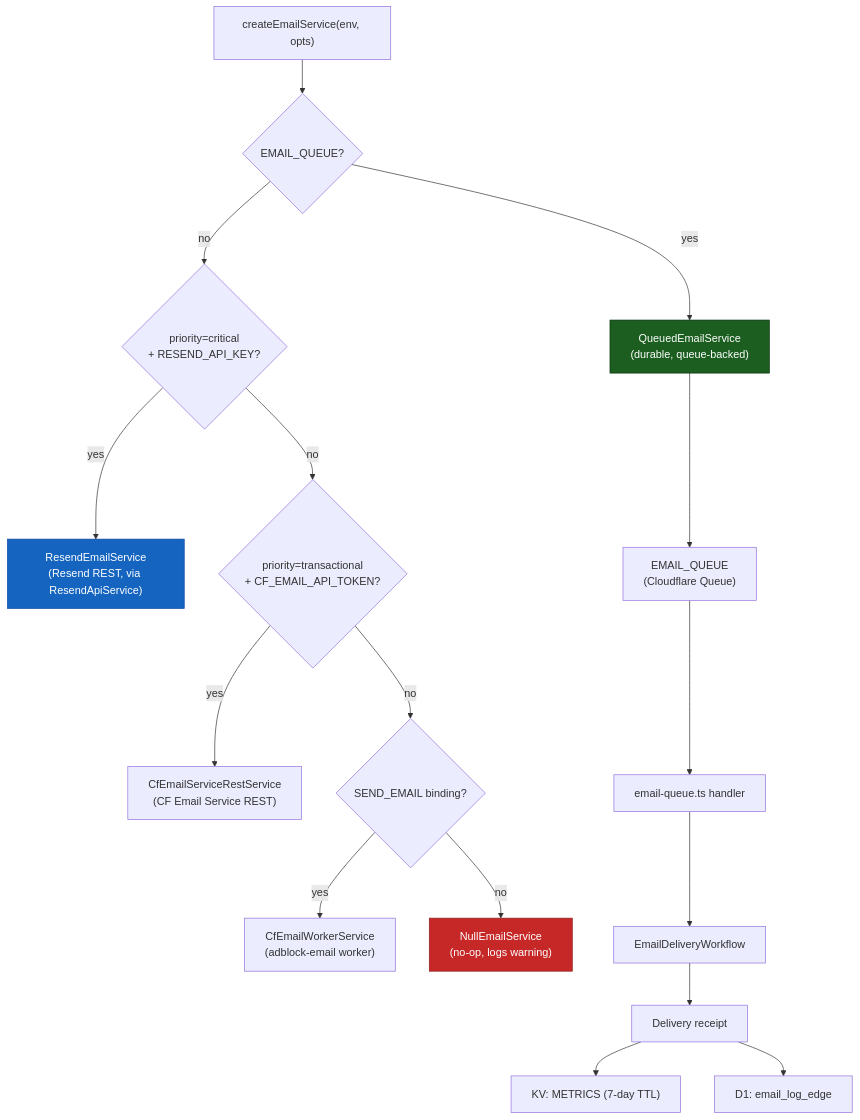
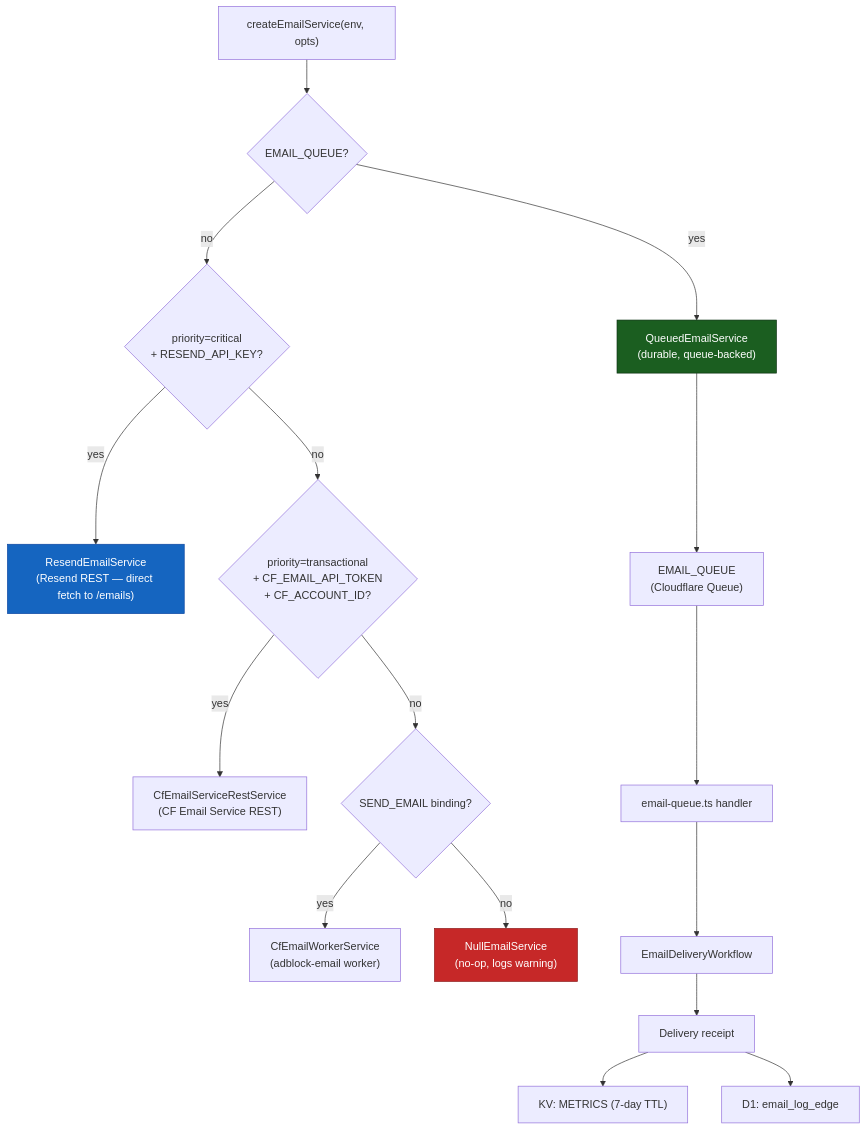
The diagram in docs/cloudflare/EMAIL_SERVICE.md (jaypatrick/adblock-compiler), drawn with Mermaid before and after one commit. The commit also changed 2 other files, not shown here.

Commit message:
docs: fix reviewer feedback — ResendApiService scope, diagram accuracy, ASCII→Mermaid
Agent-Logs-Url: https://github.com/jaypatrick/adblock-compiler/sessions/4c588376-95af-4923-9a29-c89e1d8af705

````diff
--- a/docs/cloudflare/EMAIL_SERVICE.md
+++ b/docs/cloudflare/EMAIL_SERVICE.md
@@ -9,23 +9,23 @@
 ```mermaid
 flowchart TD
     Factory["createEmailService(env, opts)"] --> P1{EMAIL_QUEUE?}
     P1 -- yes --> QSvc["QueuedEmailService\n(durable, queue-backed)"]
     P1 -- no --> P2{priority=critical\n+ RESEND_API_KEY?}
-    P2 -- yes --> ResendSvc["ResendEmailService\n(Resend REST, via ResendApiService)"]
-    P2 -- no --> P3{priority=transactional\n+ CF_EMAIL_API_TOKEN?}
+    P2 -- yes --> ResendSvc["ResendEmailService\n(Resend REST — direct fetch to /emails)"]
+    P2 -- no --> P3{priority=transactional\n+ CF_EMAIL_API_TOKEN\n+ CF_ACCOUNT_ID?}
     P3 -- yes --> CFRestSvc["CfEmailServiceRestService\n(CF Email Service REST)"]
     P3 -- no --> P4{SEND_EMAIL binding?}
     P4 -- yes --> CFSvc["CfEmailWorkerService\n(adblock-email worker)"]
     P4 -- no --> NullSvc["NullEmailService\n(no-op, logs warning)"]
 
     QSvc --> Queue["EMAIL_QUEUE\n(Cloudflare Queue)"]
     Queue --> QHandler["email-queue.ts handler"]
     QHandler --> WF["EmailDeliveryWorkflow"]
     WF --> Receipt["Delivery receipt"]
     Receipt --> KV["KV: METRICS (7-day TTL)"]
     Receipt --> D1["D1: email_log_edge"]
 
     style ResendSvc fill:#1565c0,stroke:#0d47a1,color:#fff
     style QSvc fill:#1b5e20,stroke:#0a3010,color:#fff
     style NullSvc fill:#c62828,stroke:#8e1c1c,color:#fff
 ```
````
